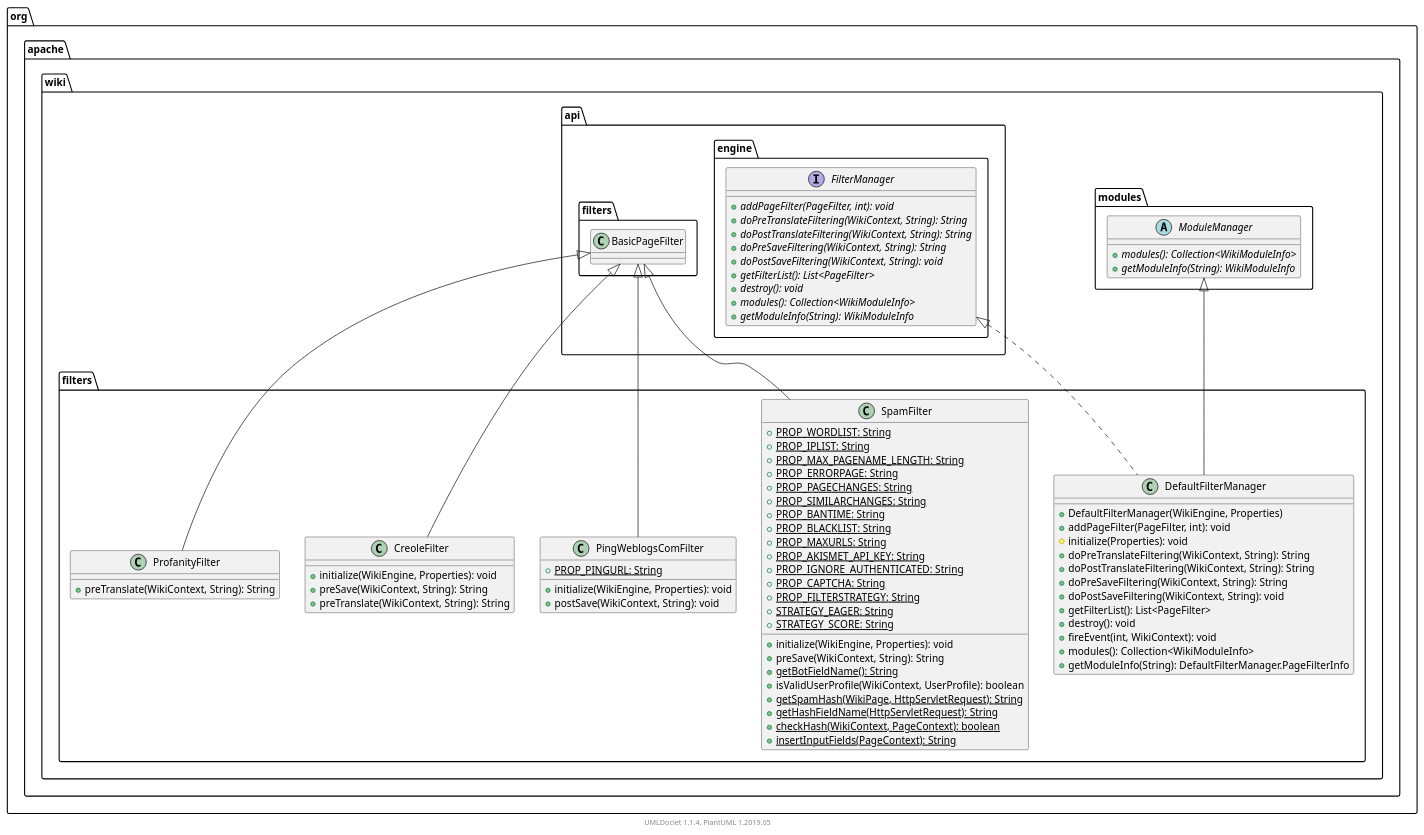
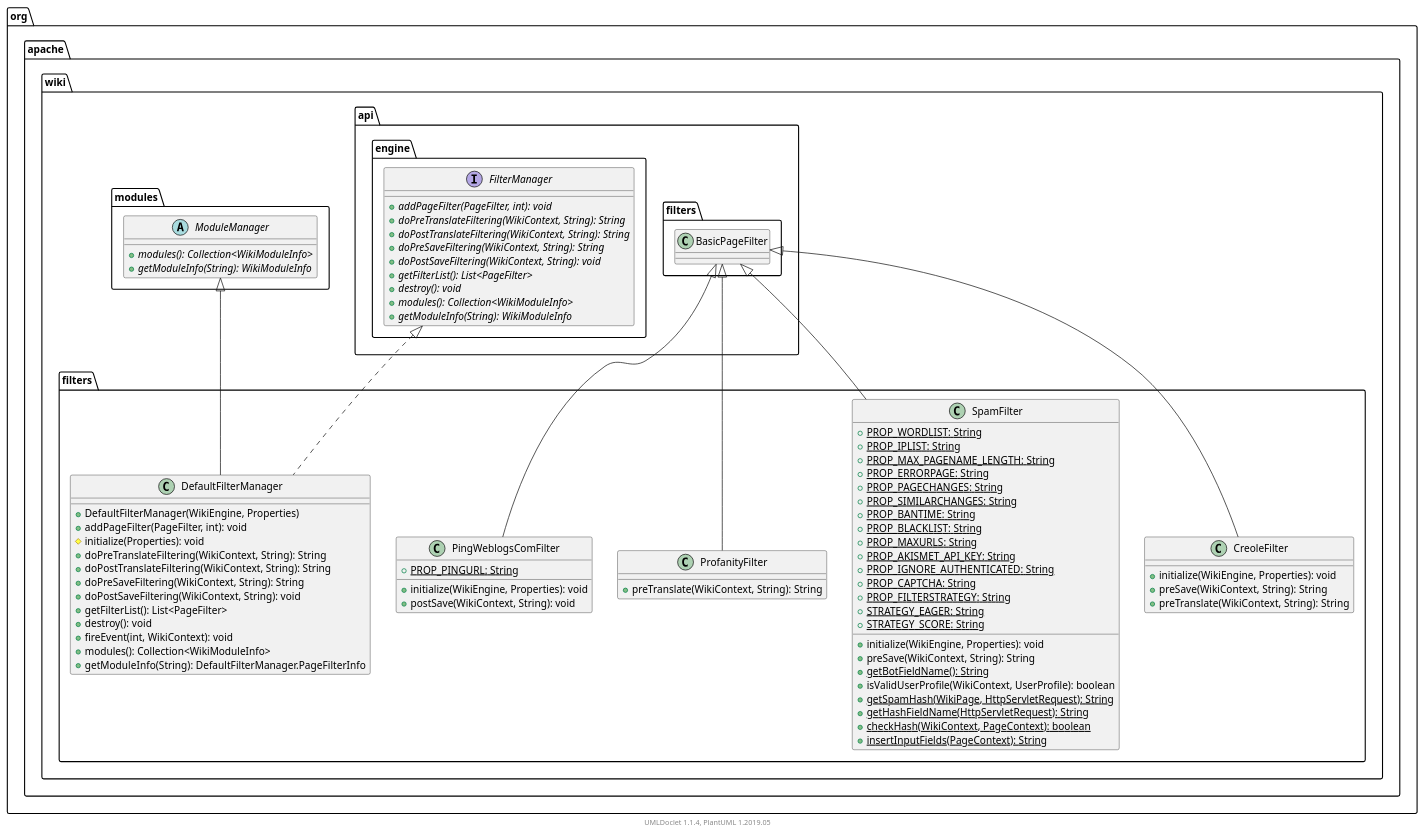
Before and after one commit to apache/jspwiki-site: the diagram in apidocs/2.11.0.M6-SNAPSHOT/org/apache/wiki/filters/package.puml, drawn with PlantUML. The commit also changed other lines of this file and 1588 other files, not shown here.

```diff
--- a/apidocs/2.11.0.M6-SNAPSHOT/org/apache/wiki/filters/package.puml
+++ b/apidocs/2.11.0.M6-SNAPSHOT/org/apache/wiki/filters/package.puml
@@ -1,94 +1,94 @@
 @startuml
 
     namespace org.apache.wiki.filters {
-
-        class DefaultFilterManager [[DefaultFilterManager.html]] {
-            +DefaultFilterManager(WikiEngine, Properties)
-            +addPageFilter(PageFilter, int): void
-            #initialize(Properties): void
-            +doPreTranslateFiltering(WikiContext, String): String
-            +doPostTranslateFiltering(WikiContext, String): String
-            +doPreSaveFiltering(WikiContext, String): String
-            +doPostSaveFiltering(WikiContext, String): void
-            +getFilterList(): List<PageFilter>
-            +destroy(): void
-            +fireEvent(int, WikiContext): void
-            +modules(): Collection<WikiModuleInfo>
-            +getModuleInfo(String): DefaultFilterManager.PageFilterInfo
-        }
 
         class SpamFilter [[SpamFilter.html]] {
             {static} +PROP_WORDLIST: String
             {static} +PROP_IPLIST: String
             {static} +PROP_MAX_PAGENAME_LENGTH: String
             {static} +PROP_ERRORPAGE: String
             {static} +PROP_PAGECHANGES: String
             {static} +PROP_SIMILARCHANGES: String
             {static} +PROP_BANTIME: String
             {static} +PROP_BLACKLIST: String
             {static} +PROP_MAXURLS: String
             {static} +PROP_AKISMET_API_KEY: String
             {static} +PROP_IGNORE_AUTHENTICATED: String
             {static} +PROP_CAPTCHA: String
             {static} +PROP_FILTERSTRATEGY: String
             {static} +STRATEGY_EAGER: String
             {static} +STRATEGY_SCORE: String
             +initialize(WikiEngine, Properties): void
             +preSave(WikiContext, String): String
             {static} +getBotFieldName(): String
             +isValidUserProfile(WikiContext, UserProfile): boolean
             {static} +getSpamHash(WikiPage, HttpServletRequest): String
             {static} +getHashFieldName(HttpServletRequest): String
             {static} +checkHash(WikiContext, PageContext): boolean
             {static} +insertInputFields(PageContext): String
         }
 
+        class ProfanityFilter [[ProfanityFilter.html]] {
+            +preTranslate(WikiContext, String): String
+        }
+
         class PingWeblogsComFilter [[PingWeblogsComFilter.html]] {
             {static} +PROP_PINGURL: String
             +initialize(WikiEngine, Properties): void
             +postSave(WikiContext, String): void
+        }
+
+        class DefaultFilterManager [[DefaultFilterManager.html]] {
+            +DefaultFilterManager(WikiEngine, Properties)
+            +addPageFilter(PageFilter, int): void
+            #initialize(Properties): void
+            +doPreTranslateFiltering(WikiContext, String): String
+            +doPostTranslateFiltering(WikiContext, String): String
+            +doPreSaveFiltering(WikiContext, String): String
+            +doPostSaveFiltering(WikiContext, String): void
+            +getFilterList(): List<PageFilter>
+            +destroy(): void
+            +fireEvent(int, WikiContext): void
+            +modules(): Collection<WikiModuleInfo>
+            +getModuleInfo(String): DefaultFilterManager.PageFilterInfo
         }
 
         class CreoleFilter [[CreoleFilter.html]] {
             +initialize(WikiEngine, Properties): void
             +preSave(WikiContext, String): String
             +preTranslate(WikiContext, String): String
         }
 
-        class ProfanityFilter [[ProfanityFilter.html]] {
-            +preTranslate(WikiContext, String): String
-        }
+        class org.apache.wiki.api.filters.BasicPageFilter
+        org.apache.wiki.api.filters.BasicPageFilter <|-- SpamFilter
+
+        org.apache.wiki.api.filters.BasicPageFilter <|-- ProfanityFilter
+
+        org.apache.wiki.api.filters.BasicPageFilter <|-- PingWeblogsComFilter
 
         abstract class org.apache.wiki.modules.ModuleManager {
             {abstract} +modules(): Collection<WikiModuleInfo>
             {abstract} +getModuleInfo(String): WikiModuleInfo
         }
         org.apache.wiki.modules.ModuleManager <|-- DefaultFilterManager
 
         interface org.apache.wiki.api.engine.FilterManager {
             {abstract} +addPageFilter(PageFilter, int): void
             {abstract} +doPreTranslateFiltering(WikiContext, String): String
             {abstract} +doPostTranslateFiltering(WikiContext, String): String
             {abstract} +doPreSaveFiltering(WikiContext, String): String
             {abstract} +doPostSaveFiltering(WikiContext, String): void
             {abstract} +getFilterList(): List<PageFilter>
             {abstract} +destroy(): void
             {abstract} +modules(): Collection<WikiModuleInfo>
             {abstract} +getModuleInfo(String): WikiModuleInfo
         }
         org.apache.wiki.api.engine.FilterManager <|.. DefaultFilterManager
 
-        class org.apache.wiki.api.filters.BasicPageFilter
-        org.apache.wiki.api.filters.BasicPageFilter <|-- SpamFilter
-
-        org.apache.wiki.api.filters.BasicPageFilter <|-- PingWeblogsComFilter
-
         org.apache.wiki.api.filters.BasicPageFilter <|-- CreoleFilter
-
-        org.apache.wiki.api.filters.BasicPageFilter <|-- ProfanityFilter
 
     }
 
 
     center footer UMLDoclet 1.1.4, PlantUML 1.2019.05
 @enduml
```
